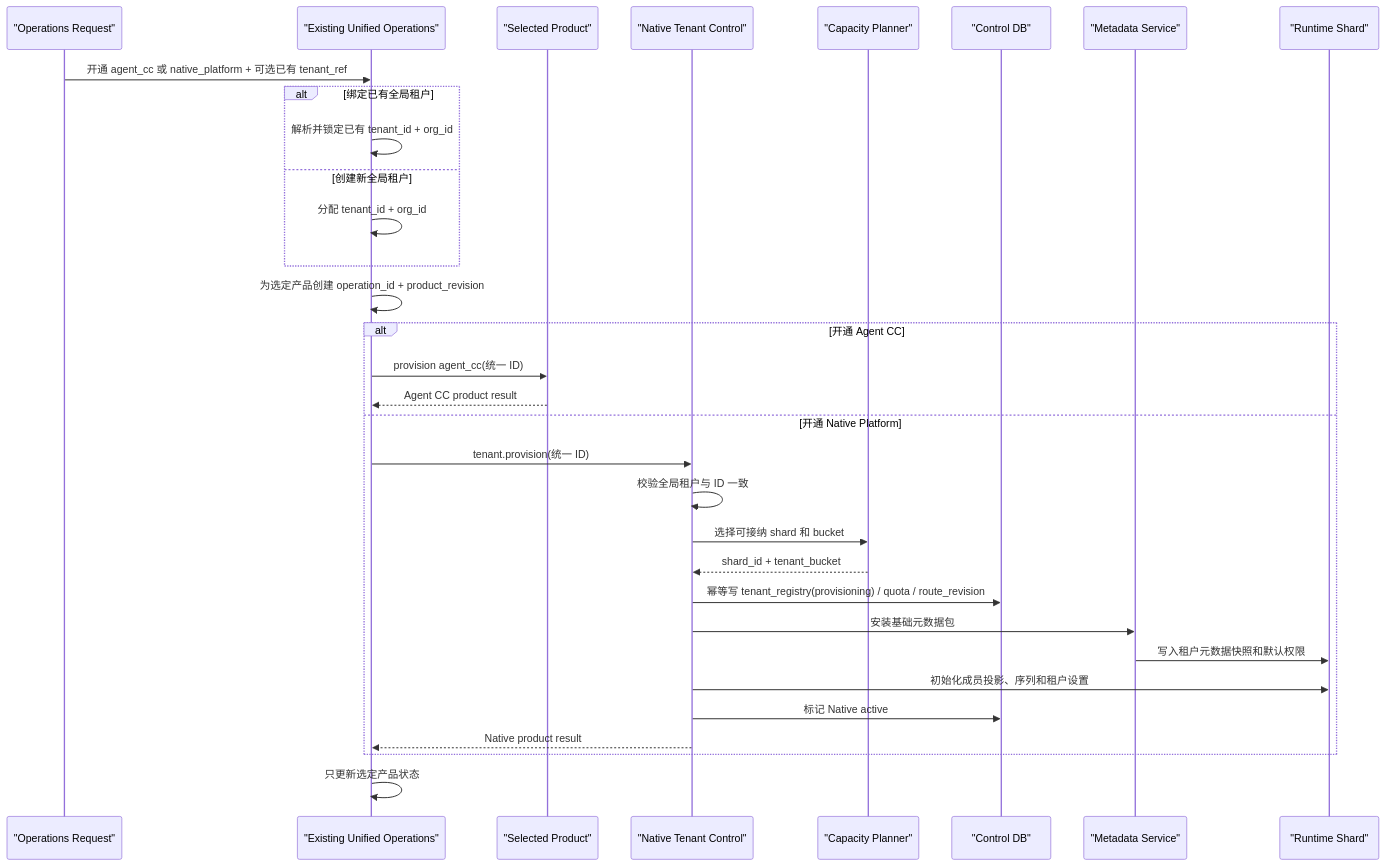
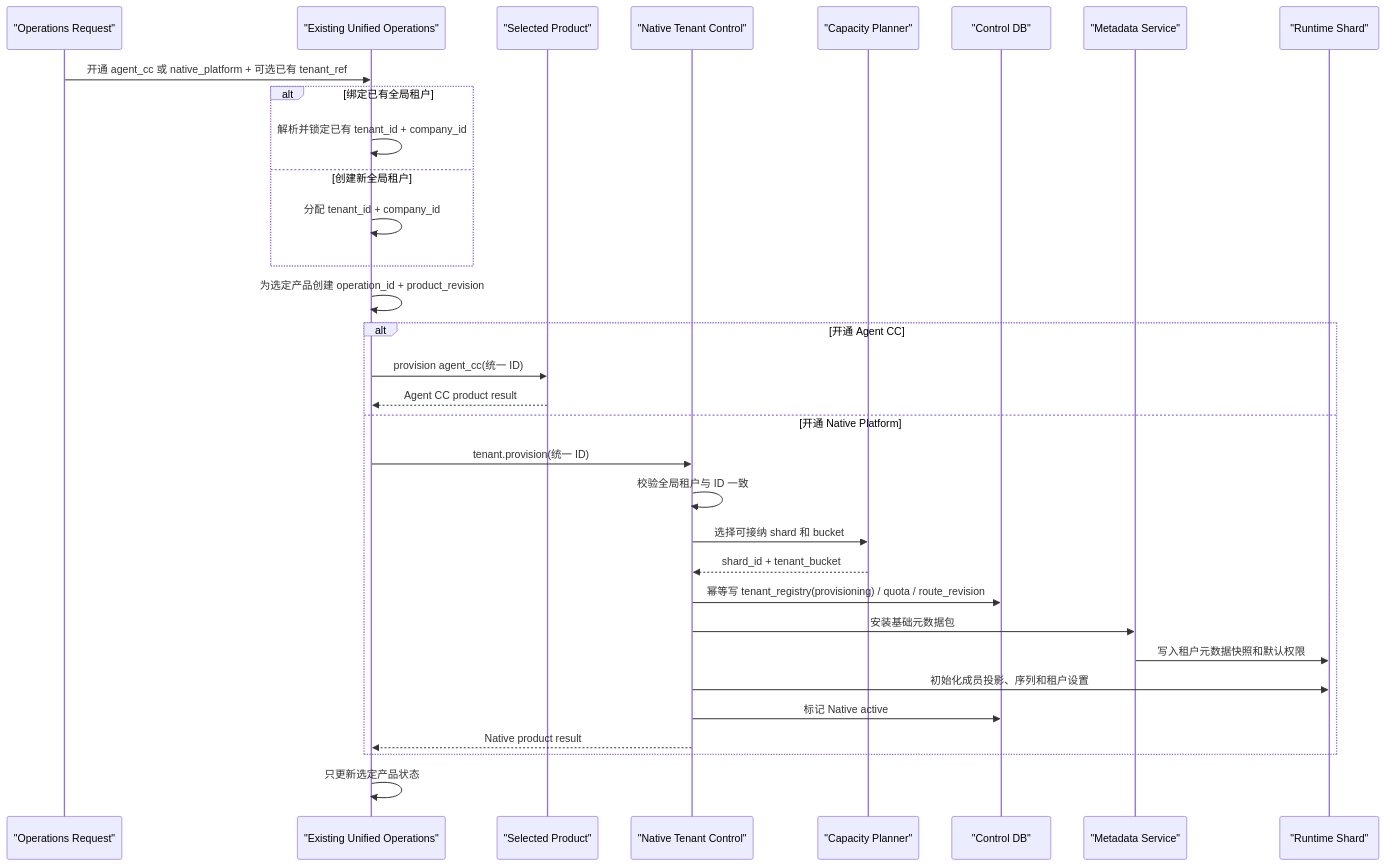
One commit to OlivierZEN/ai-native-platform changed the second of 4 diagrams in docs/specs/FEAT-009-greenfield-ai-native-crm-platform.md. Above: the diagram before and after it, drawn with Mermaid. The commit also changed other lines of this file and 111 other files, not shown here.

````diff
--- a/docs/specs/FEAT-009-greenfield-ai-native-crm-platform.md
+++ b/docs/specs/FEAT-009-greenfield-ai-native-crm-platform.md
@@ -342,35 +344,35 @@
 ```mermaid
 sequenceDiagram
     participant Q as "Operations Request"
     participant O as "Existing Unified Operations"
     participant P as "Selected Product"
     participant T as "Native Tenant Control"
     participant C as "Capacity Planner"
     participant D as "Control DB"
     participant M as "Metadata Service"
     participant R as "Runtime Shard"
 
     Q->>O: 开通 agent_cc 或 native_platform + 可选已有 tenant_ref
     alt 绑定已有全局租户
-        O->>O: 解析并锁定已有 tenant_id + org_id
+        O->>O: 解析并锁定已有 tenant_id + company_id
     else 创建新全局租户
-        O->>O: 分配 tenant_id + org_id
+        O->>O: 分配 tenant_id + company_id
     end
     O->>O: 为选定产品创建 operation_id + product_revision
     alt 开通 Agent CC
         O->>P: provision agent_cc(统一 ID)
         P-->>O: Agent CC product result
     else 开通 Native Platform
         O->>T: tenant.provision(统一 ID)
         T->>T: 校验全局租户与 ID 一致
         T->>C: 选择可接纳 shard 和 bucket
         C-->>T: shard_id + tenant_bucket
         T->>D: 幂等写 tenant_registry(provisioning) / quota / route_revision
         T->>M: 安装基础元数据包
         M->>R: 写入租户元数据快照和默认权限
         T->>R: 初始化成员投影、序列和租户设置
         T->>D: 标记 Native active
         T-->>O: Native product result
     end
     O->>O: 只更新选定产品状态
 ```
````
